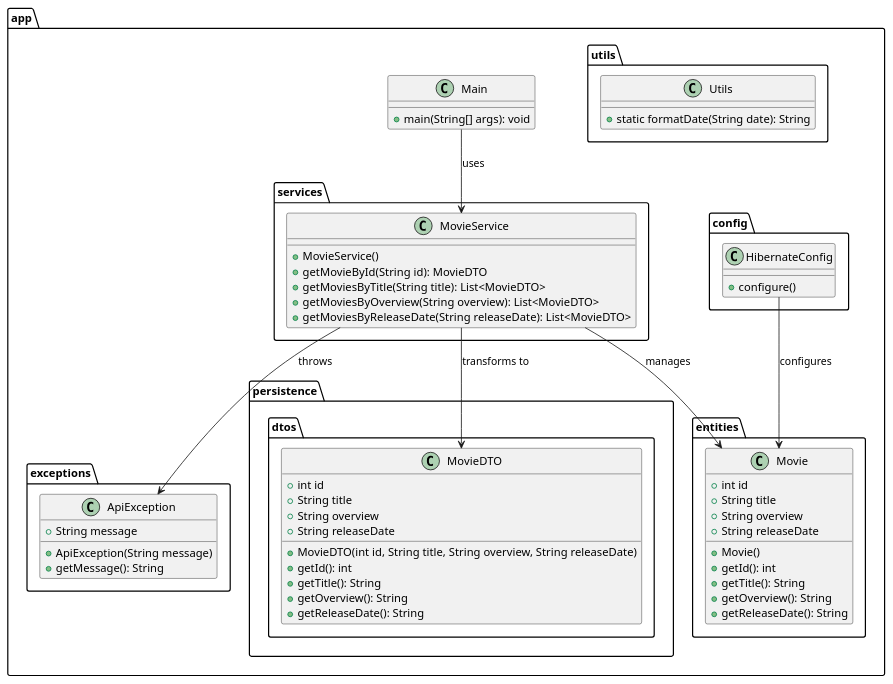
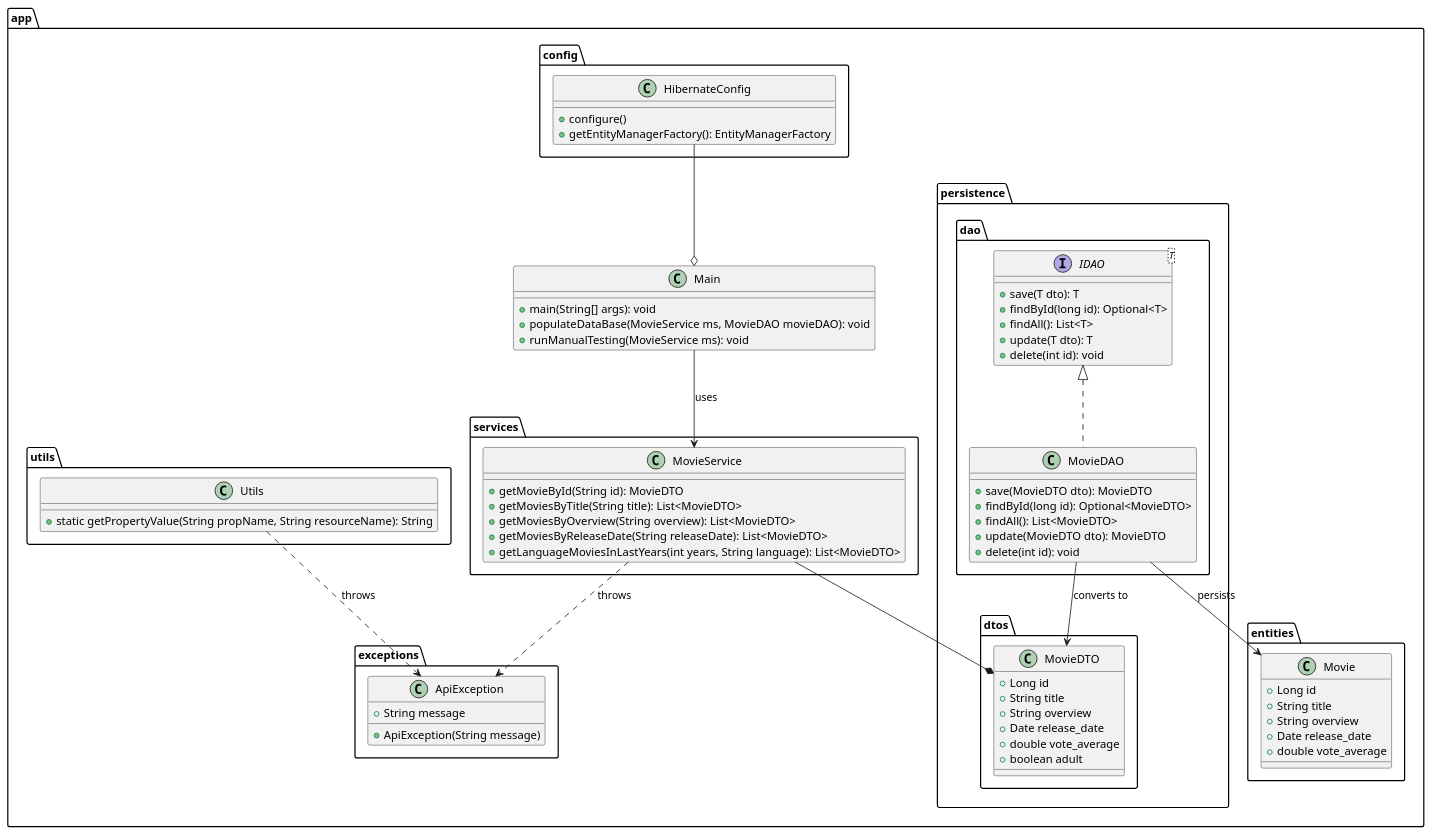
The diagram in doc/ClassDiagram.puml (RHoejholt/MovieAPI), drawn with PlantUML before and after one commit.

Commit message:
updated class diagram

```diff
--- a/doc/ClassDiagram.puml
+++ b/doc/ClassDiagram.puml
@@ -1,76 +1,92 @@
 @startuml
 
 package app.config {
     class HibernateConfig {
         + configure()
+        + getEntityManagerFactory(): EntityManagerFactory
     }
 }
 
 package app.entities {
     class Movie {
-        + int id
+        + Long id
         + String title
         + String overview
-        + String releaseDate
+        + Date release_date
+        + double vote_average
 
-        + Movie()
-        + getId(): int
-        + getTitle(): String
-        + getOverview(): String
-        + getReleaseDate(): String
     }
 }
 
 package app.exceptions {
     class ApiException {
         + String message
 
         + ApiException(String message)
-        + getMessage(): String
     }
 }
 
 package app.persistence.dtos {
     class MovieDTO {
-        + int id
+        + Long id
         + String title
         + String overview
-        + String releaseDate
+        + Date release_date
+        + double vote_average
+        + boolean adult
 
-        + MovieDTO(int id, String title, String overview, String releaseDate)
-        + getId(): int
-        + getTitle(): String
-        + getOverview(): String
-        + getReleaseDate(): String
+    }
+}
+
+package app.persistence.dao {
+    interface IDAO<T> {
+        + save(T dto): T
+        + findById(long id): Optional<T>
+        + findAll(): List<T>
+        + update(T dto): T
+        + delete(int id): void
+    }
+
+    class MovieDAO {
+        + save(MovieDTO dto): MovieDTO
+        + findById(long id): Optional<MovieDTO>
+        + findAll(): List<MovieDTO>
+        + update(MovieDTO dto): MovieDTO
+        + delete(int id): void
     }
 }
 
 package app.services {
     class MovieService {
-        + MovieService()
         + getMovieById(String id): MovieDTO
         + getMoviesByTitle(String title): List<MovieDTO>
         + getMoviesByOverview(String overview): List<MovieDTO>
         + getMoviesByReleaseDate(String releaseDate): List<MovieDTO>
+        + getLanguageMoviesInLastYears(int years, String language): List<MovieDTO>
     }
 }
 
 package app.utils {
     class Utils {
-        + static formatDate(String date): String
+        + static getPropertyValue(String propName, String resourceName): String
     }
 }
 
 package app {
     class Main {
         + main(String[] args): void
+        + populateDataBase(MovieService ms, MovieDAO movieDAO): void
+        + runManualTesting(MovieService ms): void
     }
 }
 
-MovieService --> Movie : "manages"
-MovieService --> MovieDTO : "transforms to"
-MovieService --> ApiException : "throws"
+MovieService --* MovieDTO
+MovieService  ..> ApiException : "throws"
 Main --> MovieService : "uses"
-HibernateConfig --> Movie : "configures"
+HibernateConfig --o Main
+MovieDAO --> Movie : "persists"
+MovieDAO --> MovieDTO : "converts to"
+Utils ..> ApiException : "throws"
+IDAO <|.. MovieDAO
 
 @enduml
```
